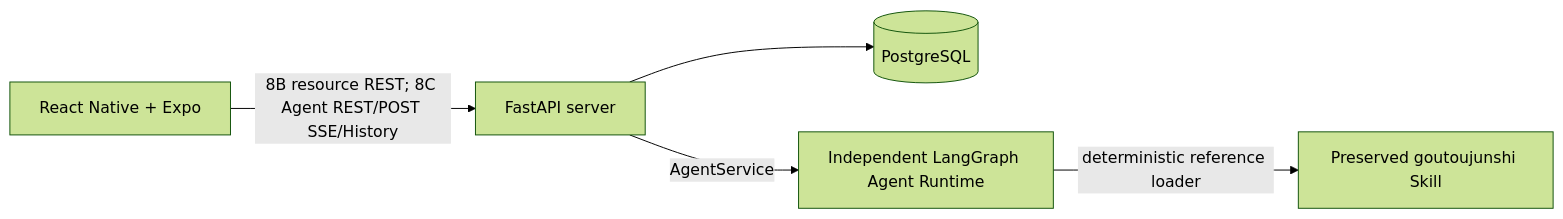
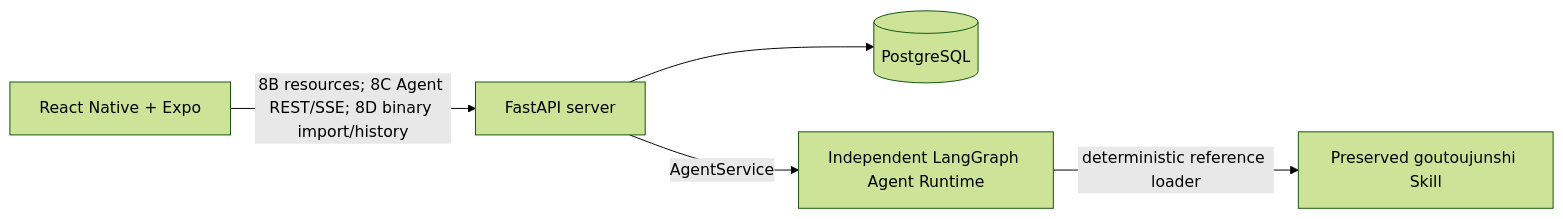
Before and after one commit to Lack666/goutouapp: the diagram in docs/ARCHITECTURE.md, drawn with Mermaid (forest theme). The commit also changed other lines of this file and 52 other files, not shown here.

Commit message:
Phase 8D: integrate mobile chat import and owned history

````diff
--- a/docs/ARCHITECTURE.md
+++ b/docs/ARCHITECTURE.md
@@ -19,7 +19,7 @@
 ```mermaid
 flowchart LR
-  Mobile[React Native + Expo] -->|8B resource REST; 8C Agent REST/POST SSE/History| Server[FastAPI server]
+  Mobile[React Native + Expo] -->|8B resources; 8C Agent REST/SSE; 8D binary import/history| Server[FastAPI server]
   Server --> Database[(PostgreSQL)]
   Server -->|AgentService| Runtime[Independent LangGraph Agent Runtime]
   Runtime -->|deterministic reference loader| Knowledge[Preserved goutoujunshi Skill]
 ```
````
